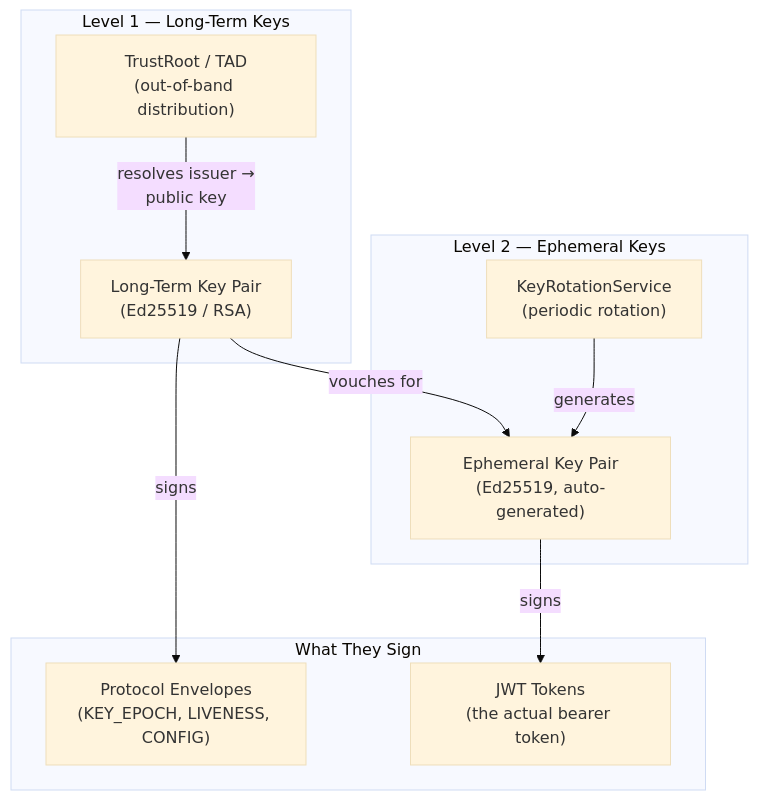
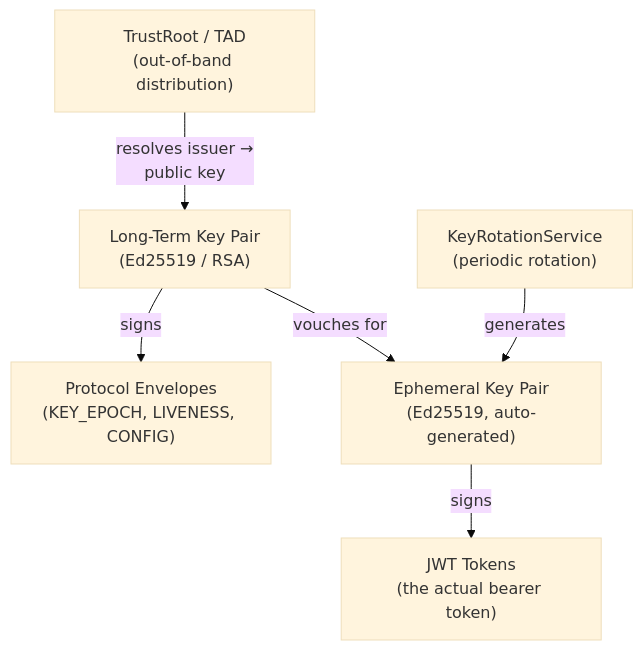
One commit to cyfko/veridot changed the first of 6 diagrams in docs/docs/learn/how-veridot-works.md. Above: the diagram before and after it, drawn with Mermaid (base theme).

Commit message:
style: simplify dual-key diagram to avoid segmented arrows
Remove subgraphs that forced the layout engine to create unnecessary
bends. The nodes now flow naturally top-to-bottom without crossing
paths, producing clean straight arrows.

````diff
--- a/docs/docs/learn/how-veridot-works.md
+++ b/docs/docs/learn/how-veridot-works.md
@@ -23,24 +23,10 @@
 ```mermaid
 graph TB
-    subgraph "Level 1 — Long-Term Keys"
-        LT["Long-Term Key Pair<br/>(Ed25519 / RSA)"]
-        TR["TrustRoot / TAD<br/>(out-of-band distribution)"]
-    end
-
-    subgraph "Level 2 — Ephemeral Keys"
-        EK["Ephemeral Key Pair<br/>(Ed25519, auto-generated)"]
-        KRS["KeyRotationService<br/>(periodic rotation)"]
-    end
-
-    subgraph "What They Sign"
-        ENV["Protocol Envelopes<br/>(KEY_EPOCH, LIVENESS, CONFIG)"]
-        JWT["JWT Tokens<br/>(the actual bearer token)"]
-    end
-
-    TR -->|"resolves issuer →<br/>public key"| LT
-    LT -->|"signs"| ENV
-    KRS -->|"generates"| EK
-    EK -->|"signs"| JWT
+    TR["TrustRoot / TAD<br/>(out-of-band distribution)"] -->|"resolves issuer →<br/>public key"| LT
+    LT["Long-Term Key Pair<br/>(Ed25519 / RSA)"] -->|"signs"| ENV["Protocol Envelopes<br/>(KEY_EPOCH, LIVENESS, CONFIG)"]
     LT -->|"vouches for"| EK
 
+    KRS["KeyRotationService<br/>(periodic rotation)"] -->|"generates"| EK["Ephemeral Key Pair<br/>(Ed25519, auto-generated)"]
+    EK -->|"signs"| JWT["JWT Tokens<br/>(the actual bearer token)"]
+
 ```
````
